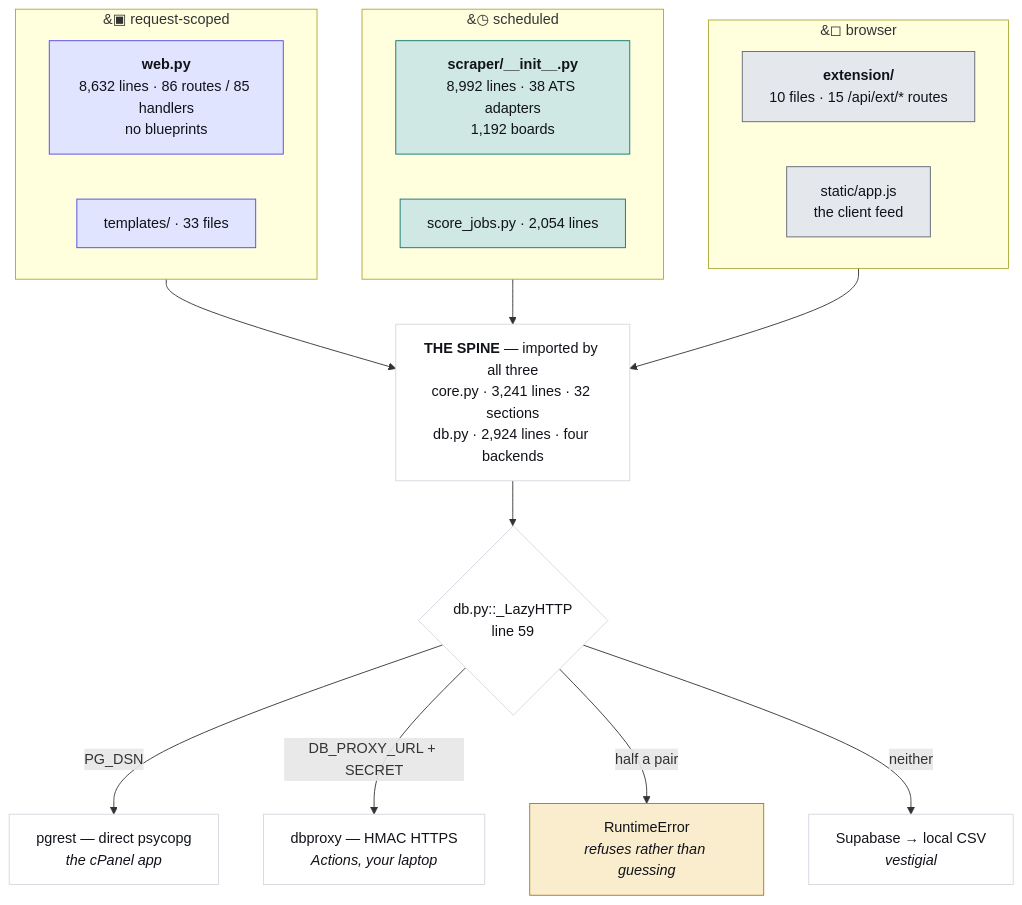
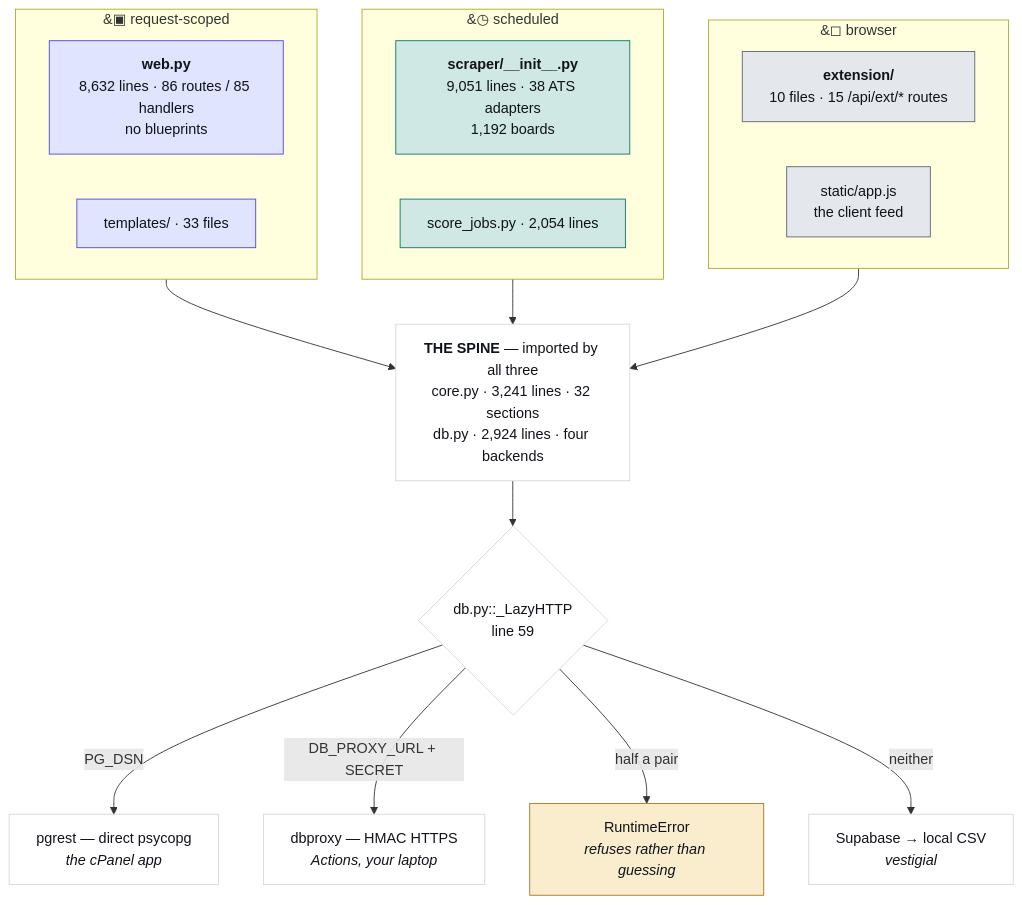
The first of 4 diagrams in JobMatch Scraper/docs/ARCHITECTURE.md (hadakunal909-debug/job-search-tool), drawn with Mermaid before and after one commit. The commit also changed other lines of this file and 6 other files, not shown here.

````diff
--- a/JobMatch Scraper/docs/ARCHITECTURE.md
+++ b/JobMatch Scraper/docs/ARCHITECTURE.md
@@ -45,34 +45,34 @@
 ```mermaid
 flowchart TB
   subgraph REQ["&#9635; request-scoped"]
     W["<b>web.py</b><br/>8,632 lines · 86 routes / 85 handlers<br/>no blueprints"]
     T["templates/ · 33 files"]
   end
   subgraph SCH["&#9719; scheduled"]
-    S["<b>scraper/__init__.py</b><br/>8,992 lines · 38 ATS adapters<br/>1,192 boards"]
+    S["<b>scraper/__init__.py</b><br/>9,051 lines · 38 ATS adapters<br/>1,192 boards"]
     J["score_jobs.py · 2,054 lines"]
   end
   subgraph CLI["&#9723; browser"]
     E["<b>extension/</b><br/>10 files · 15 /api/ext/* routes"]
     A["static/app.js<br/>the client feed"]
   end
   SPINE["<b>THE SPINE</b> — imported by all three<br/>core.py · 3,241 lines · 32 sections<br/>db.py · 2,924 lines · four backends"]
   REQ --> SPINE
   SCH --> SPINE
   CLI --> SPINE
   SPINE --> D{"db.py::_LazyHTTP<br/>line 59"}
   D -->|"PG_DSN"| P["pgrest — direct psycopg<br/><i>the cPanel app</i>"]
   D -->|"DB_PROXY_URL + SECRET"| X["dbproxy — HMAC HTTPS<br/><i>Actions, your laptop</i>"]
   D -->|"half a pair"| R["RuntimeError<br/><i>refuses rather than guessing</i>"]
   D -->|"neither"| V["Supabase → local CSV<br/><i>vestigial</i>"]
   classDef web fill:#e0e4fe,stroke:#4f46e5,color:#101319
   classDef sched fill:#cfe8e3,stroke:#0f766e,color:#101319
   classDef client fill:#e4e7ec,stroke:#5f6573,color:#101319
   classDef trap fill:#f9edcd,stroke:#a8781a,color:#101319
   classDef plain fill:#ffffff,stroke:#d3d7df,color:#101319
   class W,T web
   class S,J sched
   class E,A client
   class R trap
   class SPINE,D,P,X,V plain
 ```
````
